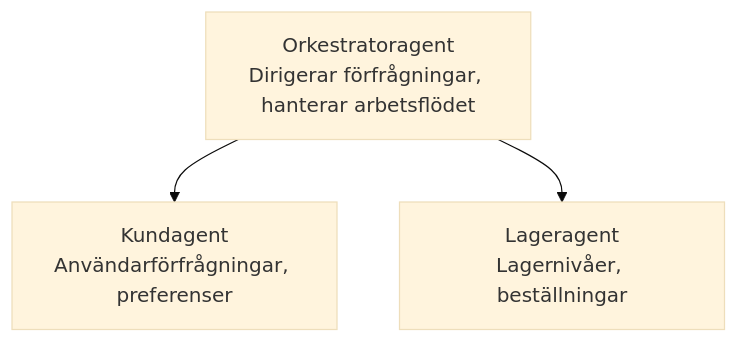
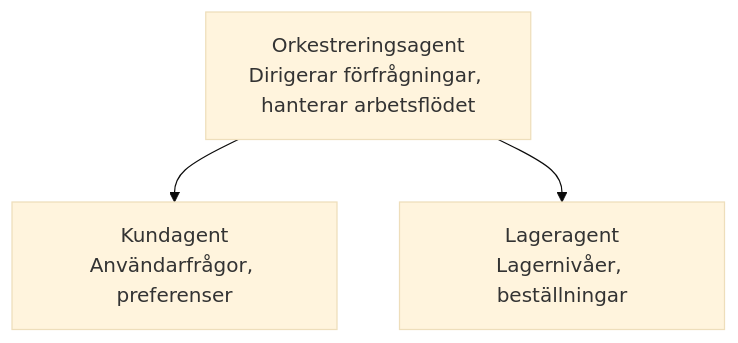
Before and after one commit to microsoft/AZD-for-beginners: the diagram in translations/sv/docs/chapter-05-multi-agent/README.md, drawn with Mermaid (base theme). The commit also changed other lines of this file and 104 other files, not shown here.

````diff
--- a/translations/sv/docs/chapter-05-multi-agent/README.md
+++ b/translations/sv/docs/chapter-05-multi-agent/README.md
@@ -52,5 +54,5 @@
 ```mermaid
 graph TD
-    Orchestrator[Orkestratoragent<br/>Dirigerar förfrågningar, hanterar arbetsflödet] --> Customer[Kundagent<br/>Användarförfrågningar, preferenser]
+    Orchestrator[Orkestreringsagent<br/>Dirigerar förfrågningar, hanterar arbetsflödet] --> Customer[Kundagent<br/>Användarfrågor, preferenser]
     Orchestrator --> Inventory[Lageragent<br/>Lagernivåer, beställningar]
 ```
````
